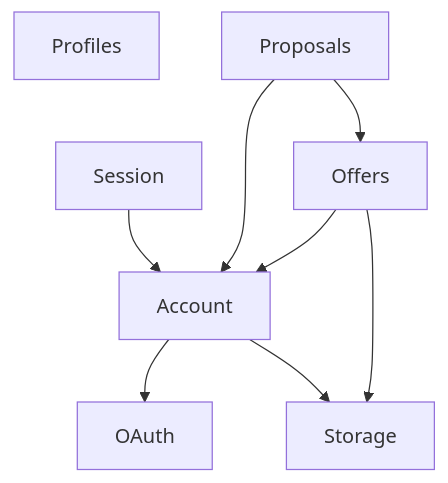
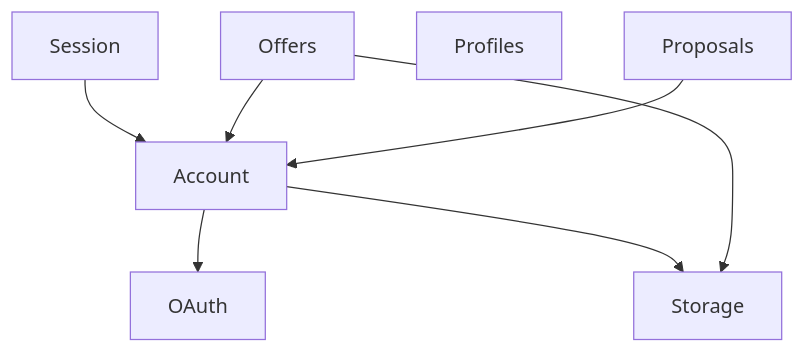
The second of 3 diagrams in README.md (ronbakken/SWAY-DUP), drawn with Mermaid before and after one commit. The commit also changed other lines of this file, not shown here.

````diff
--- a/README.md
+++ b/README.md
@@ -110,11 +110,10 @@
 ```mermaid
 graph TD;
     Session --> Account
     Account --> OAuth
     Account --> Storage
     Offers --> Account
     Offers --> Storage
     Profiles
     Proposals --> Account
-    Proposals --> Offers
 ```
````
